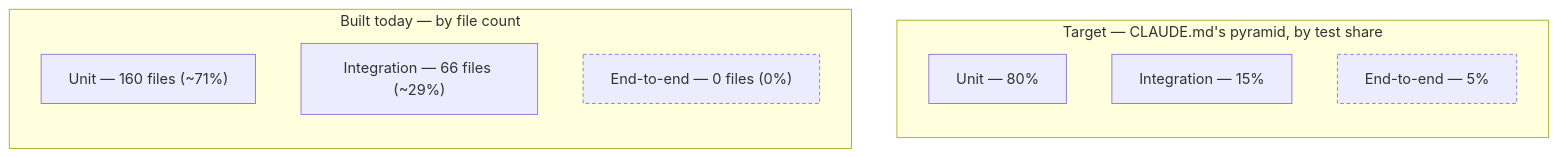
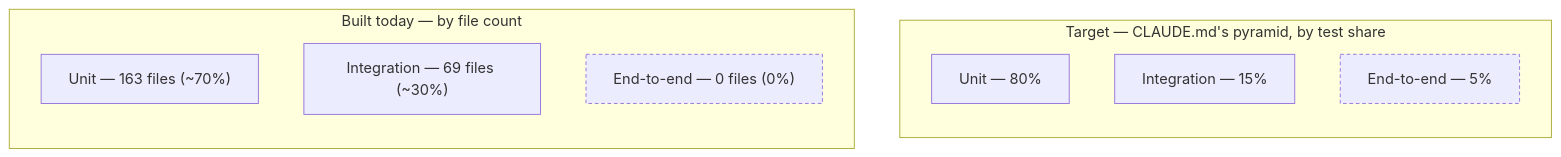
Before and after one commit to aaronrmDev/AI-AUGMENTED-GENERATION: the diagram in docs/testing/TESTING.md, drawn with Mermaid. The commit also changed other lines of this file and 2 other files, not shown here.

Commit message:
docs(#194): fix README, TESTING, and DATABASE staleness from the branch review
README.md and docs/testing/TESTING.md still described freshness-routed
ingestion as unbuilt and background workers as a gap, even though this
branch shipped both -- three commits before this branch's base rewrote
README.md's own prose without knowing that. Update the Unified API
milestone row, the built-endpoint list, and "what's still ahead" to
name streaming, the frontend, and Kubernetes/production-deployment as
the genuine remaining gaps. Correct TESTING.md's unit/integration file
counts and percentages to the real, freshly-counted totals (163/69,
~70%/30%) and credit test_data_sources_endpoints.py for the endpoint
half of its stale "nothing to click" claim. Add the missing
data-sources:{user_id} rate-limiter key to DATABASE.md's enumeration.

````diff
--- a/docs/testing/TESTING.md
+++ b/docs/testing/TESTING.md
@@ -15,17 +15,17 @@
 ```mermaid
 flowchart TB
     subgraph Target["Target — CLAUDE.md's pyramid, by test share"]
         direction TB
         TU["Unit — 80%"]
         TI["Integration — 15%"]
         TE["End-to-end — 5%"]
     end
     subgraph Actual["Built today — by file count"]
         direction TB
-        AU["Unit — 160 files (~71%)"]
-        AI["Integration — 66 files (~29%)"]
+        AU["Unit — 163 files (~70%)"]
+        AI["Integration — 69 files (~30%)"]
         AE["End-to-end — 0 files (0%)"]
     end
     style TE stroke-dasharray: 4 3
     style AE stroke-dasharray: 4 3
 ```
````
